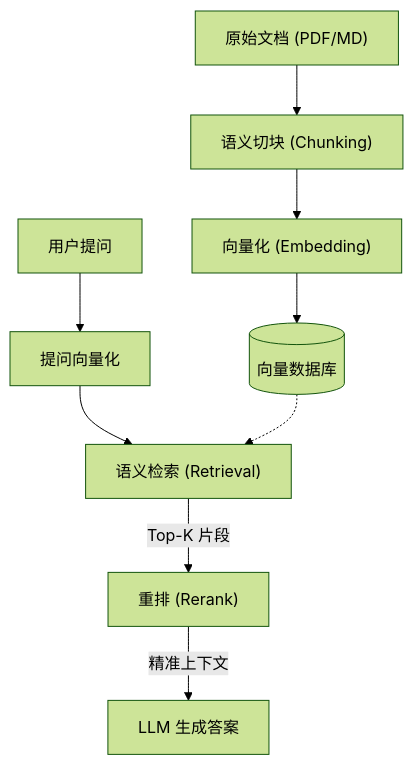
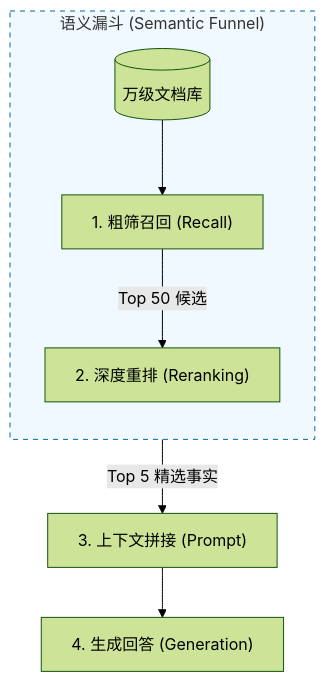
Diagram 25 of 33 in doc/AI_Knowledge_Roadmap.md (wangchong2023/lang-chain-graph), drawn with Mermaid (forest theme) before and after one commit. The commit also changed other lines of this file, not shown here.

Commit message:
docs: update AI knowledge roadmap with new learning resources and milestones

````diff
--- a/doc/AI_Knowledge_Roadmap.md
+++ b/doc/AI_Knowledge_Roadmap.md
@@ -1270,12 +1330,13 @@
 ```mermaid
 graph TD
-    Data["原始文档 (PDF/MD)"] --> Split["语义切块 (Chunking)"]
-    Split --> Embed["向量化 (Embedding)"]
-    Embed --> DB[(向量数据库)]
+    subgraph Funnel ["语义漏斗 (Semantic Funnel)"]
+        direction TB
+        DB[(万级文档库)] --> Recall["1. 粗筛召回 (Recall)"]
+        Recall -- "Top 50 候选" --> Rerank["2. 深度重排 (Reranking)"]
+    end
     
-    Query["用户提问"] --> Q_Embed["提问向量化"]
-    Q_Embed --> Search["语义检索 (Retrieval)"]
-    DB -.-> Search
-    Search -- "Top-K 片段" --> Rerank["重排 (Rerank)"]
-    Rerank -- "精准上下文" --> LLM["LLM 生成答案"]
+    Rerank -- "Top 5 精选事实" --> Context["3. 上下文拼接 (Prompt)"]
+    Context --> LLM["4. 生成回答 (Generation)"]
+    
+    style Funnel fill:#f0f9ff,stroke:#0369a1,stroke-dasharray: 5 5
 ```
````
